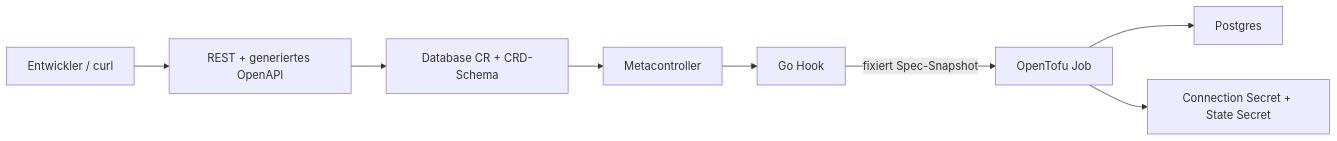
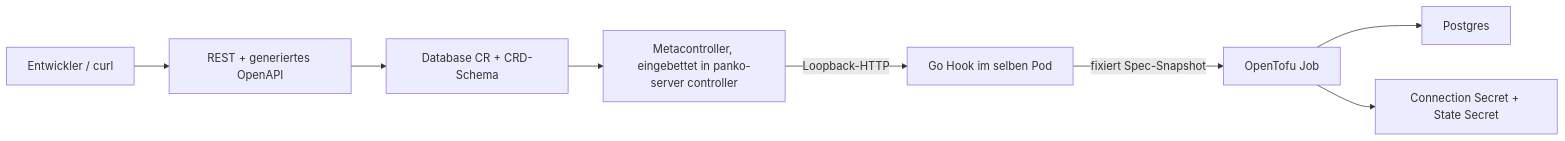
The diagram in docs/local-lab.de.md (hingst-it/panko), drawn with Mermaid before and after one commit. The commit also changed other lines of this file and 109 other files, not shown here.

First line of the commit message:
PoC: unified panko-server, Helm chart, panko install and panko dev

````diff
--- a/docs/local-lab.de.md
+++ b/docs/local-lab.de.md
@@ -11,10 +14,10 @@
 ```mermaid
 flowchart LR
   Dev[Entwickler / curl] --> Gateway[REST + generiertes OpenAPI]
   Gateway --> CR[Database CR + CRD-Schema]
-  CR --> Meta[Metacontroller]
-  Meta --> Hook[Go Hook]
+  CR --> Meta[Metacontroller, eingebettet in panko-server controller]
+  Meta -->|Loopback-HTTP| Hook[Go Hook im selben Pod]
   Hook -->|fixiert Spec-Snapshot| Job[OpenTofu Job]
   Job --> PG[Postgres]
   Job --> Secret[Connection Secret + State Secret]
 ```
````
